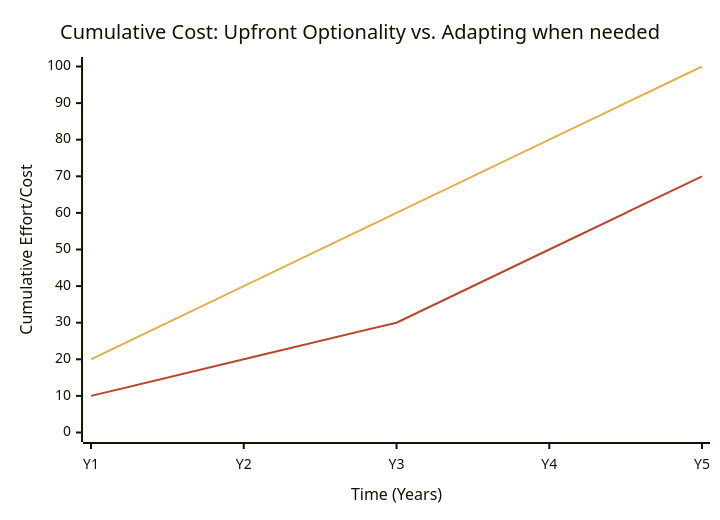
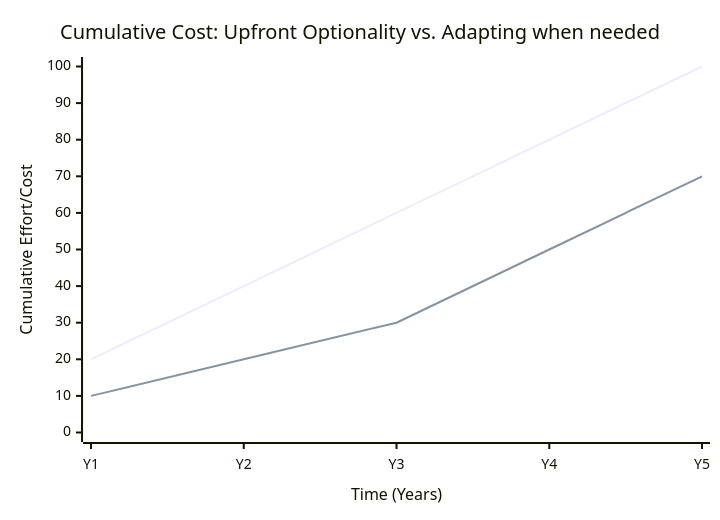
Before and after one commit to vanbrabantf/frederickvanbrabant.com: the second of 2 diagrams in content/english/blog/2026-01-09-Bring-back-opinionated-architecture.md, drawn with Mermaid. The commit also changed other lines of this file and 153 other files, not shown here.

````diff
--- a/content/english/blog/2026-01-09-Bring-back-opinionated-architecture.md
+++ b/content/english/blog/2026-01-09-Bring-back-opinionated-architecture.md
@@ -73,14 +73,8 @@
 ```mermaid
----
-config:
-  themeVariables:
-    xyChart:
-      plotColorPalette: "#e2b04e, #ba462f"
----
 xychart
     title "Cumulative Cost: Upfront Optionality vs. Adapting when needed"
     x-axis "Time (Years)" [Y1, Y2, Y3, Y4, Y5]
     y-axis "Cumulative Effort/Cost" 0 --> 100
     line [20, 40, 60, 80, 100]
     line [10, 20, 30, 50, 70]
 ```
````
